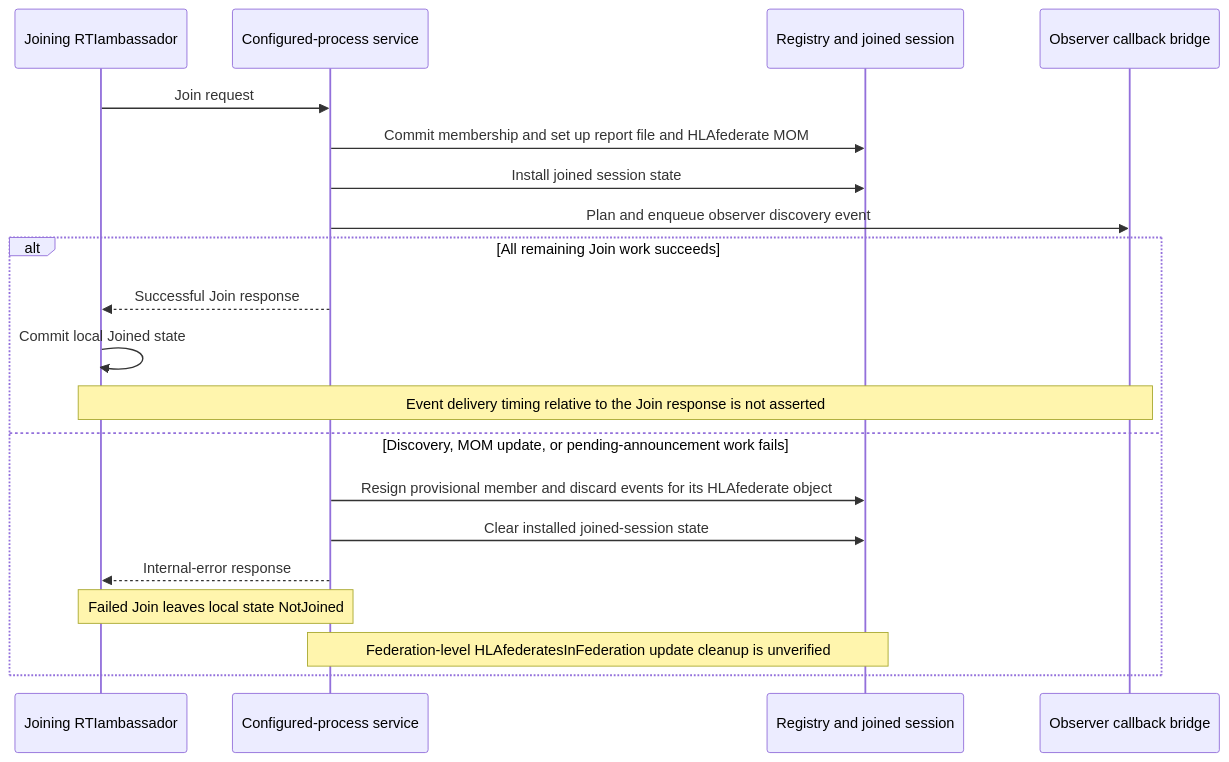
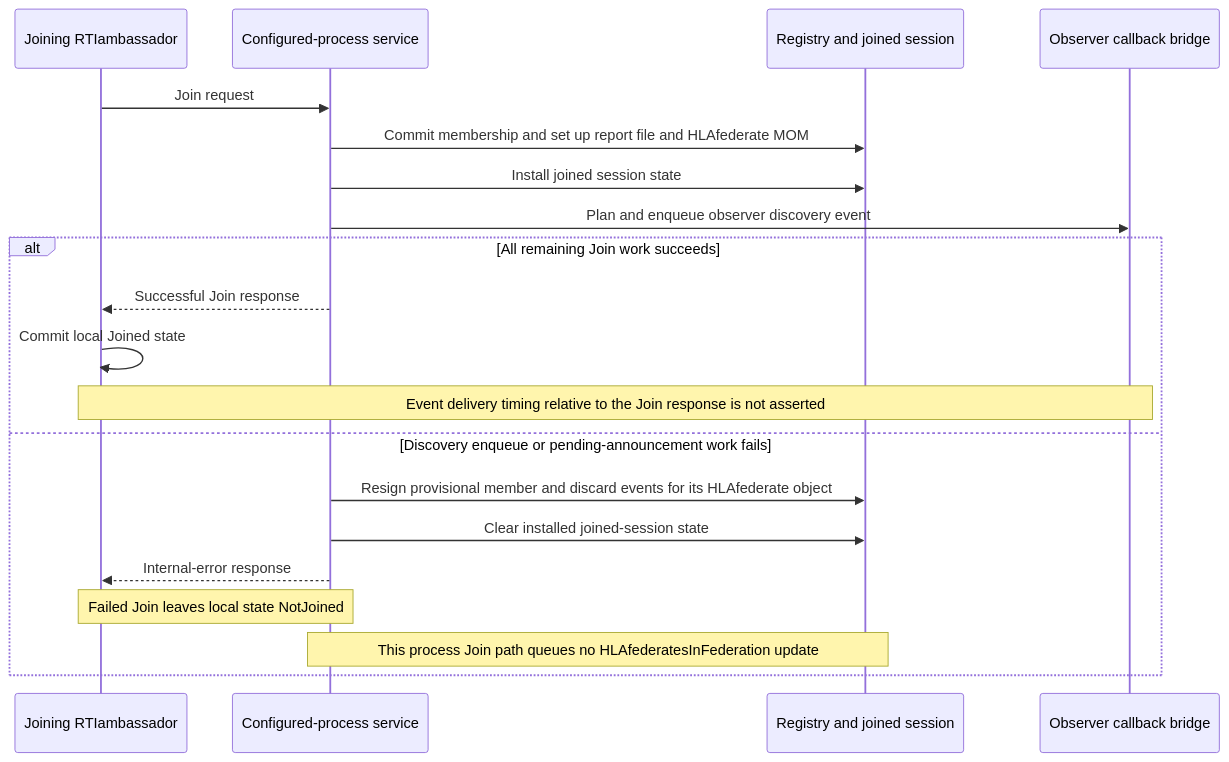
Before and after one commit to sheepfling/umbra: diagram 16 of 32 in docs/design/HLA-2025-FEDERATION-AND-FEDERATE-LIFECYCLE-FLOW-GUIDE.md, drawn with Mermaid. The commit also changed other lines of this file and 36 other files, not shown here.

````diff
--- a/docs/design/HLA-2025-FEDERATION-AND-FEDERATE-LIFECYCLE-FLOW-GUIDE.md
+++ b/docs/design/HLA-2025-FEDERATION-AND-FEDERATE-LIFECYCLE-FLOW-GUIDE.md
@@ -925,23 +925,23 @@
 ```mermaid
 sequenceDiagram
   participant J as Joining RTIambassador
   participant P as Configured-process service
   participant R as Registry and joined session
   participant B as Observer callback bridge
 
   J->>P: Join request
   P->>R: Commit membership and set up report file and HLAfederate MOM
   P->>R: Install joined session state
   P->>B: Plan and enqueue observer discovery event
   alt All remaining Join work succeeds
     P-->>J: Successful Join response
     J->>J: Commit local Joined state
     Note over J,B: Event delivery timing relative to the Join response is not asserted
-  else Discovery, MOM update, or pending-announcement work fails
+  else Discovery enqueue or pending-announcement work fails
     P->>R: Resign provisional member and discard events for its HLAfederate object
     P->>R: Clear installed joined-session state
     P-->>J: Internal-error response
     Note over J,P: Failed Join leaves local state NotJoined
-    Note over P,R: Federation-level HLAfederatesInFederation update cleanup is unverified
+    Note over P,R: This process Join path queues no HLAfederatesInFederation update
   end
 ```
````
